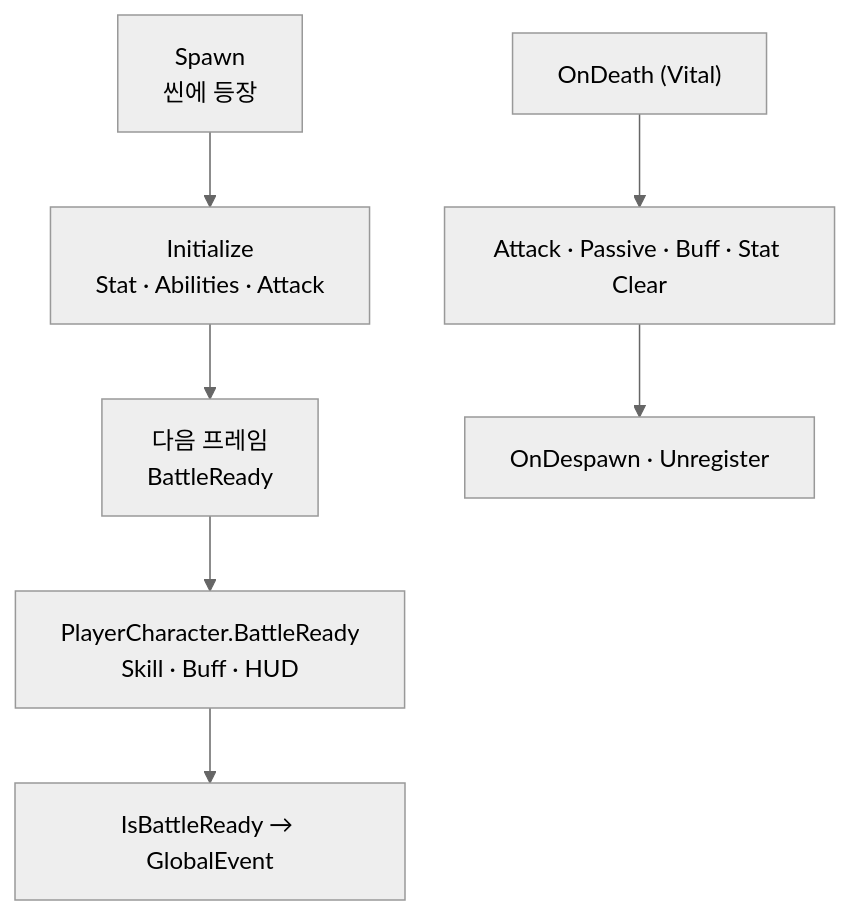
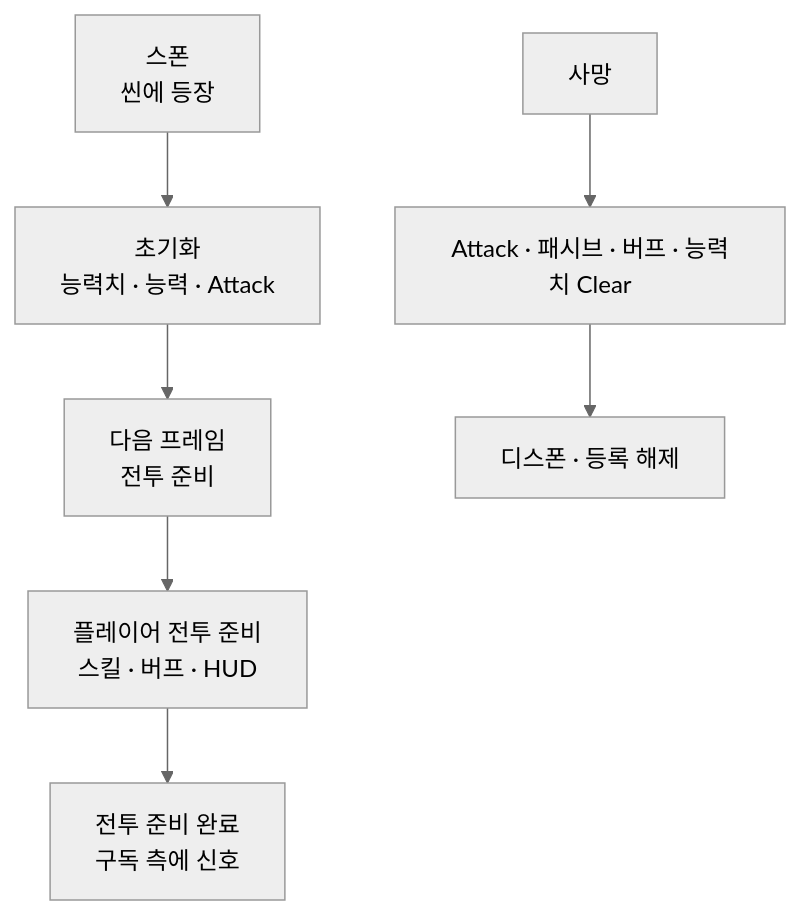
Before and after one commit to monet5379/monet5379.github.io: the diagram in notes/dragon-combat-character.md, drawn with Mermaid (neutral theme). The commit also changed other lines of this file and 23 other files, not shown here.

````diff
--- a/notes/dragon-combat-character.md
+++ b/notes/dragon-combat-character.md
@@ -46,9 +46,9 @@
 ```mermaid
 flowchart TD
-  SP["Spawn<br/>씬에 등장"] --> IN["Initialize<br/>Stat · Abilities · Attack"]
-  IN --> RD["다음 프레임<br/>BattleReady"]
-  RD --> PL["PlayerCharacter.BattleReady<br/>Skill · Buff · HUD"]
-  PL --> EV["IsBattleReady → GlobalEvent"]
-  DT["OnDeath (Vital)"] --> CL["Attack · Passive · Buff · Stat Clear"]
-  CL --> DS["OnDespawn · Unregister"]
+  SP["스폰<br/>씬에 등장"] --> IN["초기화<br/>능력치 · 능력 · Attack"]
+  IN --> RD["다음 프레임<br/>전투 준비"]
+  RD --> PL["플레이어 전투 준비<br/>스킬 · 버프 · HUD"]
+  PL --> EV["전투 준비 완료<br/>구독 측에 신호"]
+  DT["사망"] --> CL["Attack · 패시브 · 버프 · 능력치 Clear"]
+  CL --> DS["디스폰 · 등록 해제"]
 ```
````
